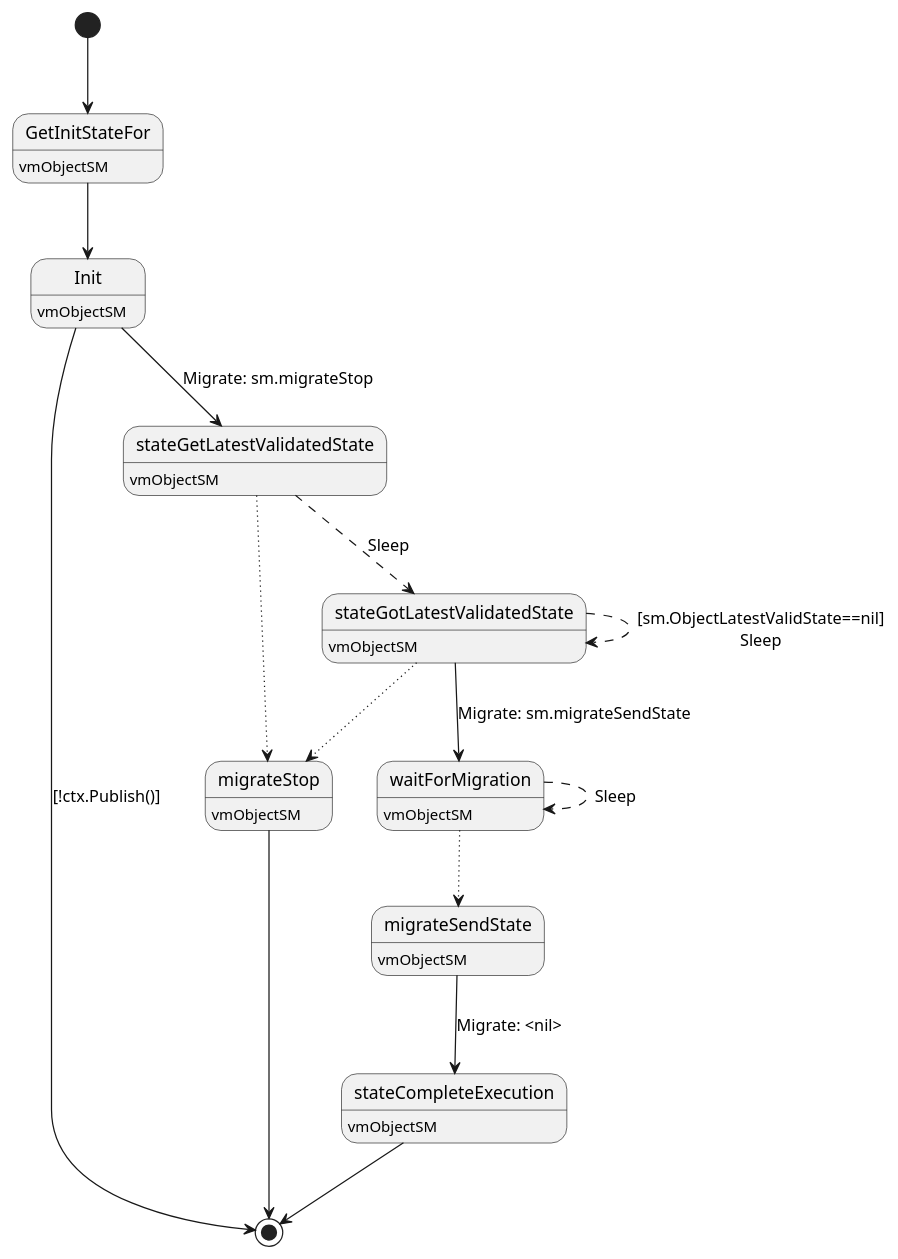
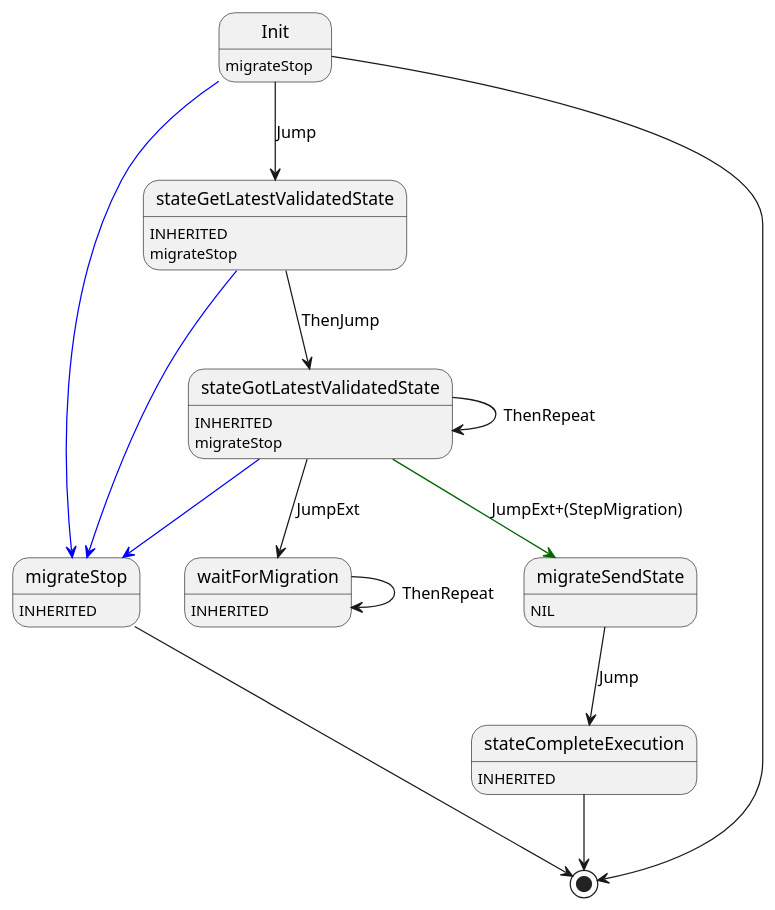
The diagram in ledger-core/conveyor/smachine/main/example/sm_vm_object.plantuml (insolar/assured-ledger), drawn with PlantUML before and after one commit. The commit also changed 15 other files, not shown here.

Commit message:
PLAT-390 moar uml

```diff
--- a/ledger-core/conveyor/smachine/main/example/sm_vm_object.plantuml
+++ b/ledger-core/conveyor/smachine/main/example/sm_vm_object.plantuml
@@ -1,32 +1,24 @@
 @startuml
-state "GetInitStateFor" as T00_S001
-T00_S001 : vmObjectSM
-[*] --> T00_S001
-T00_S001 --> T00_S002
-state "Init" as T00_S002
-T00_S002 : vmObjectSM
-T00_S002 --> [*] : [!ctx.Publish()]
-T00_S002 --> T00_S003 : Migrate: sm.migrateStop
-state "migrateSendState" as T00_S007
-T00_S007 : vmObjectSM
-T00_S007 --> T00_S008 : Migrate: <nil>
-state "migrateStop" as T00_S006
-T00_S006 : vmObjectSM
-T00_S006 --> [*]
-state "stateCompleteExecution" as T00_S008
-T00_S008 : vmObjectSM
-T00_S008 --> [*]
-state "stateGetLatestValidatedState" as T00_S003
-T00_S003 : vmObjectSM
-T00_S003 --[dotted]> T00_S006
-T00_S003 --[dashed]> T00_S004 : Sleep
-state "stateGotLatestValidatedState" as T00_S004
-T00_S004 : vmObjectSM
-T00_S004 --[dotted]> T00_S006
-T00_S004 --[dashed]> T00_S004 : [sm.ObjectLatestValidState==nil]\nSleep
-T00_S004 --> T00_S005 : Migrate: sm.migrateSendState
-state "waitForMigration" as T00_S005
-T00_S005 : vmObjectSM
-T00_S005 --[dotted]> T00_S007
-T00_S005 --[dashed]> T00_S005 : Sleep
+Init : migrateStop
+Init -[#blue]-> migrateStop
+Init --> stateGetLatestValidatedState : Jump
+Init --> [*]
+migrateStop : INHERITED
+migrateStop --> [*]
+stateGetLatestValidatedState : INHERITED
+stateGetLatestValidatedState : migrateStop
+stateGetLatestValidatedState -[#blue]-> migrateStop
+stateGetLatestValidatedState --> stateGotLatestValidatedState : ThenJump
+stateGotLatestValidatedState : INHERITED
+stateGotLatestValidatedState : migrateStop
+stateGotLatestValidatedState -[#blue]-> migrateStop
+stateGotLatestValidatedState --> waitForMigration : JumpExt
+stateGotLatestValidatedState -[#DarkGreen]-> migrateSendState : JumpExt+(StepMigration)
+stateGotLatestValidatedState --> stateGotLatestValidatedState : ThenRepeat
+waitForMigration : INHERITED
+waitForMigration --> waitForMigration : ThenRepeat
+migrateSendState : NIL
+migrateSendState --> stateCompleteExecution : Jump
+stateCompleteExecution : INHERITED
+stateCompleteExecution --> [*]
 @enduml
```
